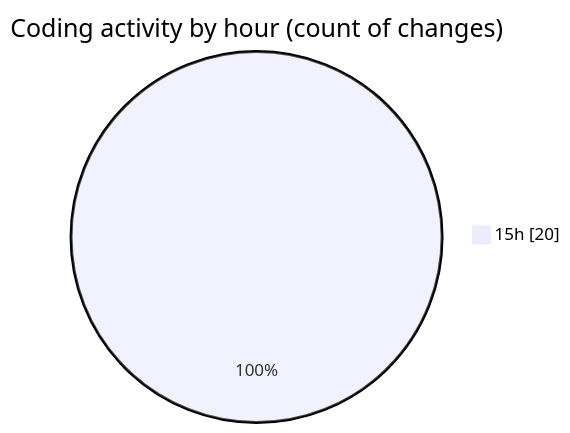
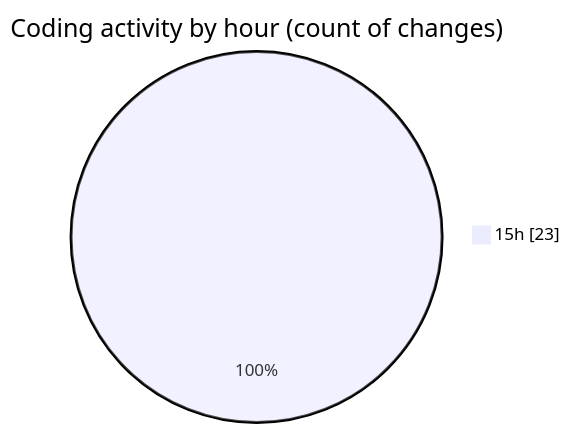
The second of 2 diagrams in 2025-02-23/masm/README.md (charlie-sans/code-tracking), drawn with Mermaid before and after one commit. The commit also changed other lines of this file and 1 other file, not shown here.

````diff
--- a/2025-02-23/masm/README.md
+++ b/2025-02-23/masm/README.md
@@ -30,5 +30,5 @@
 ```mermaid
 pie showData
 title Coding activity by hour (count of changes)
-"15h" : 20
+"15h" : 23
 ```
````
